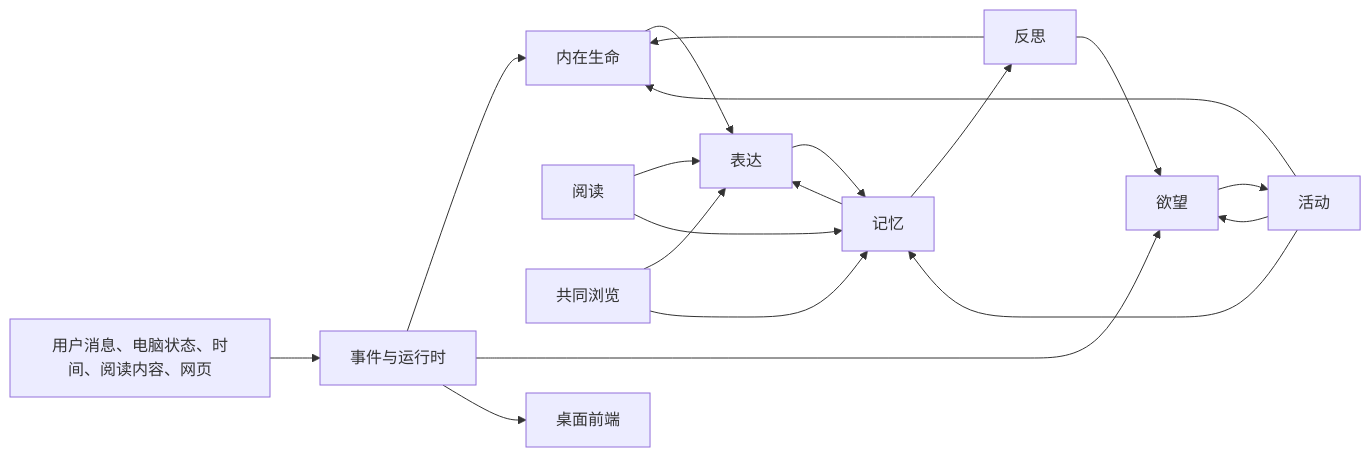
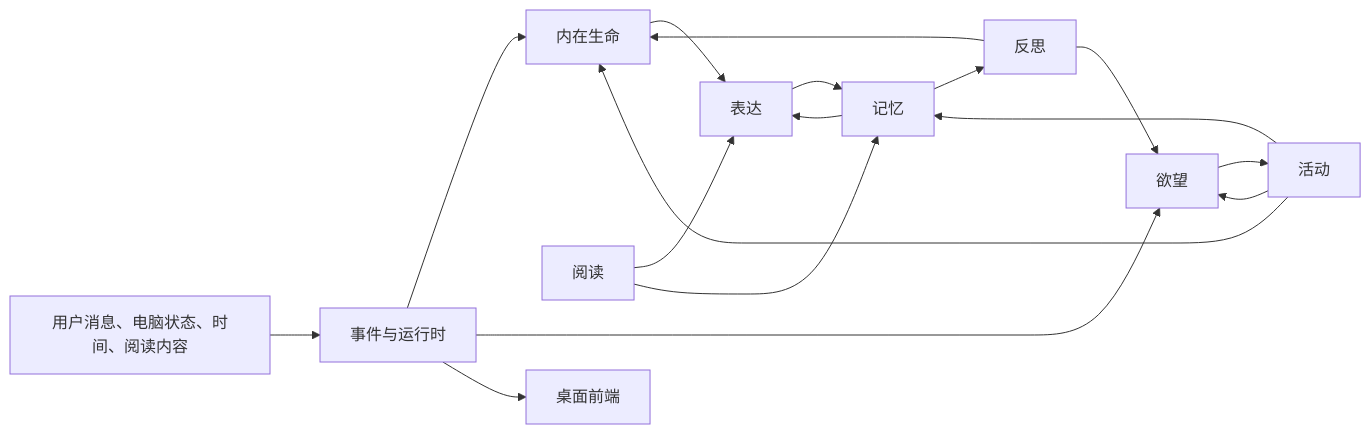
Before and after one commit to NyxScheppen/nyx-desktop-agent: the first of 10 diagrams in docs/design/design.md, drawn with Mermaid. The commit also changed other lines of this file and 69 other files, not shown here.

````diff
--- a/docs/design/design.md
+++ b/docs/design/design.md
@@ -42,21 +41,19 @@
 ```mermaid
 flowchart LR
-    World[用户消息、电脑状态、时间、阅读内容、网页] --> Bus[事件与运行时]
+    World[用户消息、电脑状态、时间、阅读内容] --> Bus[事件与运行时]
     Bus --> Inner[内在生命]
     Bus --> Desire[欲望]
     Desire --> Activity[活动]
     Inner --> Expression[表达]
     Memory[记忆] --> Expression
     Activity --> Memory
     Expression --> Memory
     Reading[阅读] --> Expression
     Reading --> Memory
-    Browsing[共同浏览] --> Expression
-    Browsing --> Memory
     Activity --> Inner
     Activity --> Desire
     Memory --> Reflection[反思]
     Reflection --> Inner
     Reflection --> Desire
     Bus --> UI[桌面前端]
 ```
````
